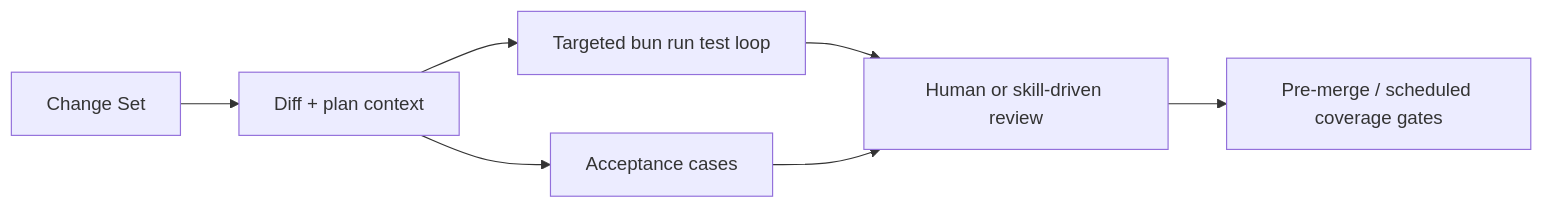
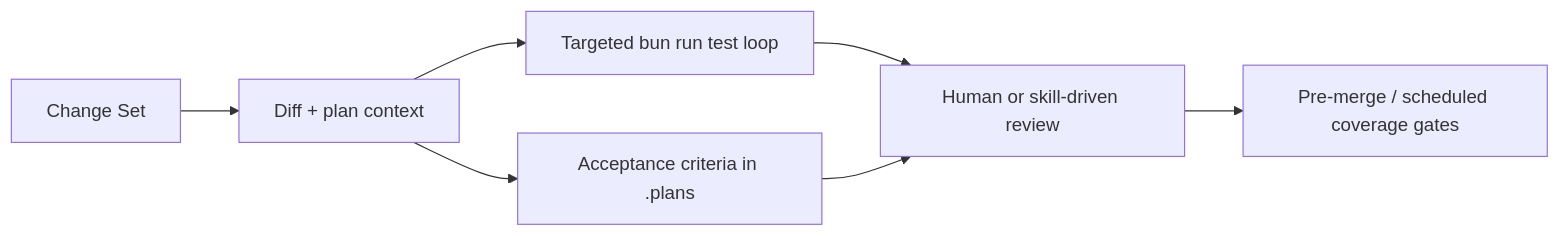
The diagram in docs/docs/builders/quality/agentic-eval.mdx (greenpill-dev-guild/green-goods), drawn with Mermaid before and after one commit. The commit also changed other lines of this file and 102 other files, not shown here.

````diff
--- a/docs/docs/builders/quality/agentic-eval.mdx
+++ b/docs/docs/builders/quality/agentic-eval.mdx
@@ -27,9 +28,9 @@
 ```mermaid
 flowchart LR
     Change[Change Set] --> Diff[Diff + plan context]
     Diff --> Tests[Targeted bun run test loop]
-    Diff --> Acceptance[Acceptance cases]
+    Diff --> Acceptance[Acceptance criteria in .plans]
     Tests --> Review[Human or skill-driven review]
     Acceptance --> Review
     Review --> Merge[Pre-merge / scheduled coverage gates]
 ```
````
